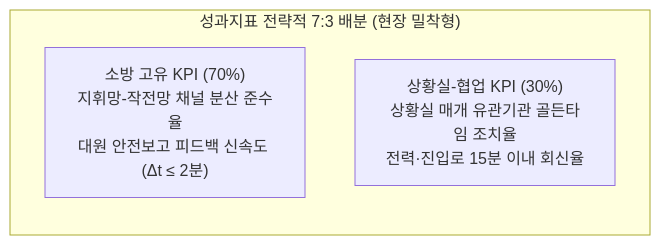
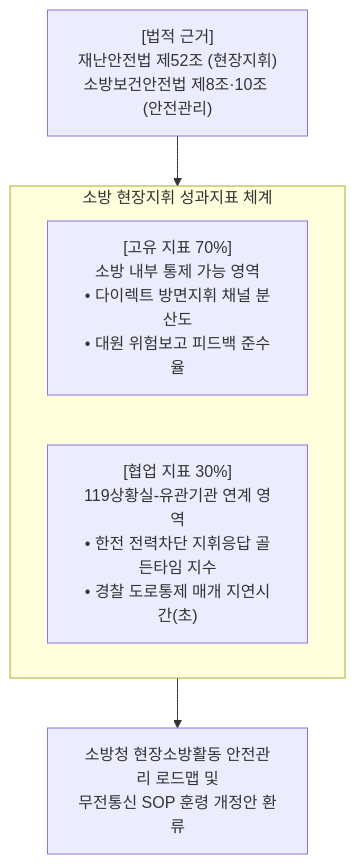
The fourth of 4 diagrams in 소방_SNA_수업_연구계획서.md (skang88/SNA), drawn with Mermaid before and after one commit. The commit also changed other lines of this file and 2 other files, not shown here.

````diff
--- a/소방_SNA_수업_연구계획서.md
+++ b/소방_SNA_수업_연구계획서.md
@@ -216,7 +191,11 @@
 ```mermaid
-flowchart LR
-    subgraph KPI_Allocation["성과지표 전략적 7:3 배분 (현장 밀착형)"]
-        K_Own["소방 고유 KPI (70%)<br/>지휘망-작전망 채널 분산 준수율<br/>대원 안전보고 피드백 신속도 (Δt ≤ 2분)"]
-        K_Collab["상황실-협업 KPI (30%)<br/>상황실 매개 유관기관 골든타임 조치율<br/>전력·진입로 15분 이내 회신율"]
+flowchart TD
+    Law["[법적 근거]<br/>재난안전법 제52조 (현장지휘)<br/>소방보건안전법 제8조·10조 (안전관리)"] --> KPI
+
+    subgraph KPI["소방 현장지휘 성과지표 체계"]
+        K1["[고유 지표 70%]<br/>소방 내부 통제 가능 영역<br/>• 다이렉트 방면지휘 채널 분산도<br/>• 대원 위험보고 피드백 준수율"]
+        K2["[협업 지표 30%]<br/>119상황실-유관기관 연계 영역<br/>• 한전 전력차단 지휘응답 골든타임 지수<br/>• 경찰 도로통제 매개 지연시간(초)"]
     end
+
+    KPI --> SOP["소방청 현장소방활동 안전관리 로드맵 및<br/>무전통신 SOP 훈령 개정안 환류"]
 ```
````
